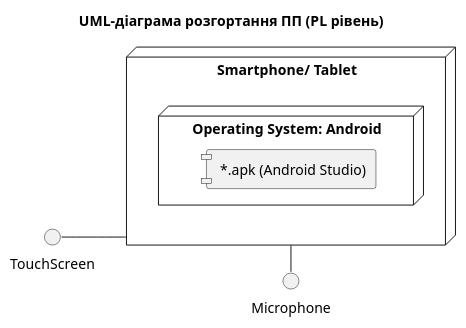
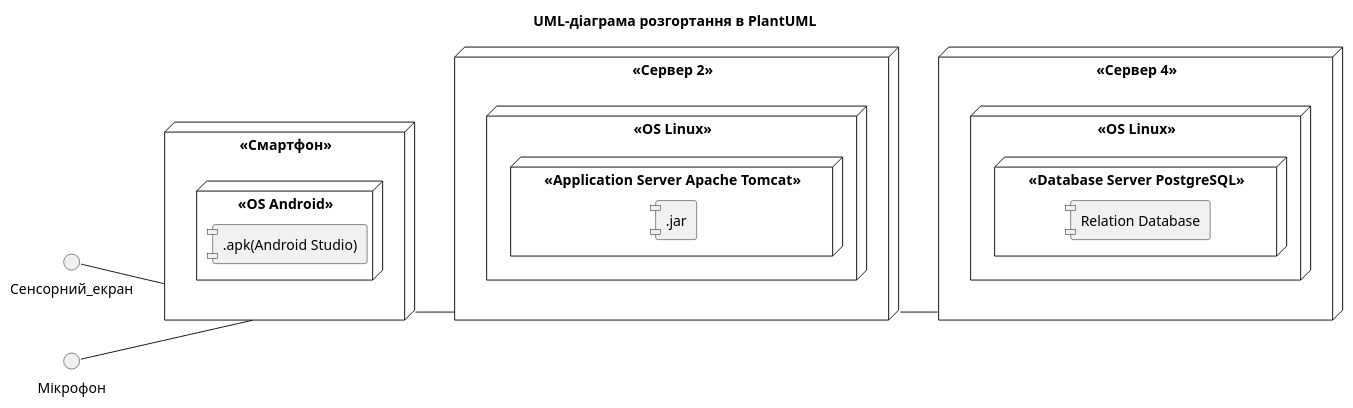
The diagram in 2-SoftwareDesign/2.7-PlantUML/UML-Deployment.puml (oleksandrblazhko/ai-212-omelchuk), drawn with PlantUML before and after one commit.

```diff
--- a/2-SoftwareDesign/2.7-PlantUML/UML-Deployment.puml
+++ b/2-SoftwareDesign/2.7-PlantUML/UML-Deployment.puml
@@ -1,20 +1,41 @@
 @startuml
-
-title UML-діаграма розгортання ПП (PL рівень)
+title UML-діаграма розгортання в PlantUML
 
 left to right direction
+
 skinparam componentStyle uml1
 
-node "Smartphone/ Tablet" as smartphone {
-	node "Operating System: Android" {
-		component [ *.apk (Android Studio)]
-	}
+node "<<Смартфон>>" as dk1 {
+    node "<<OS Android>>" {
+              component [.apk(Android Studio)]
+    }
 }
 
-interface TouchScreen
-interface Microphone
+interface Сенсорний_екран
 
-Microphone - smartphone
-TouchScreen -- smartphone
+interface Мікрофон
+
+Сенсорний_екран -- dk1
+
+Мікрофон -- dk1
+
+node "<<Сервер 2>>" as serv2 {
+    node "<<OS Linux>>" {
+        node "<<Application Server Apache Tomcat>>" {
+            component [.jar]
+        }
+    }
+}
+
+node "<<Сервер 4>>" as serv4 {
+    node "<< OS Linux >>" {
+        node "<<Database Server PostgreSQL>>" {
+            component [Relation Database]
+        }
+    }
+}
+
+dk1 -- serv2
+serv2 -- serv4
 
 @enduml
```
